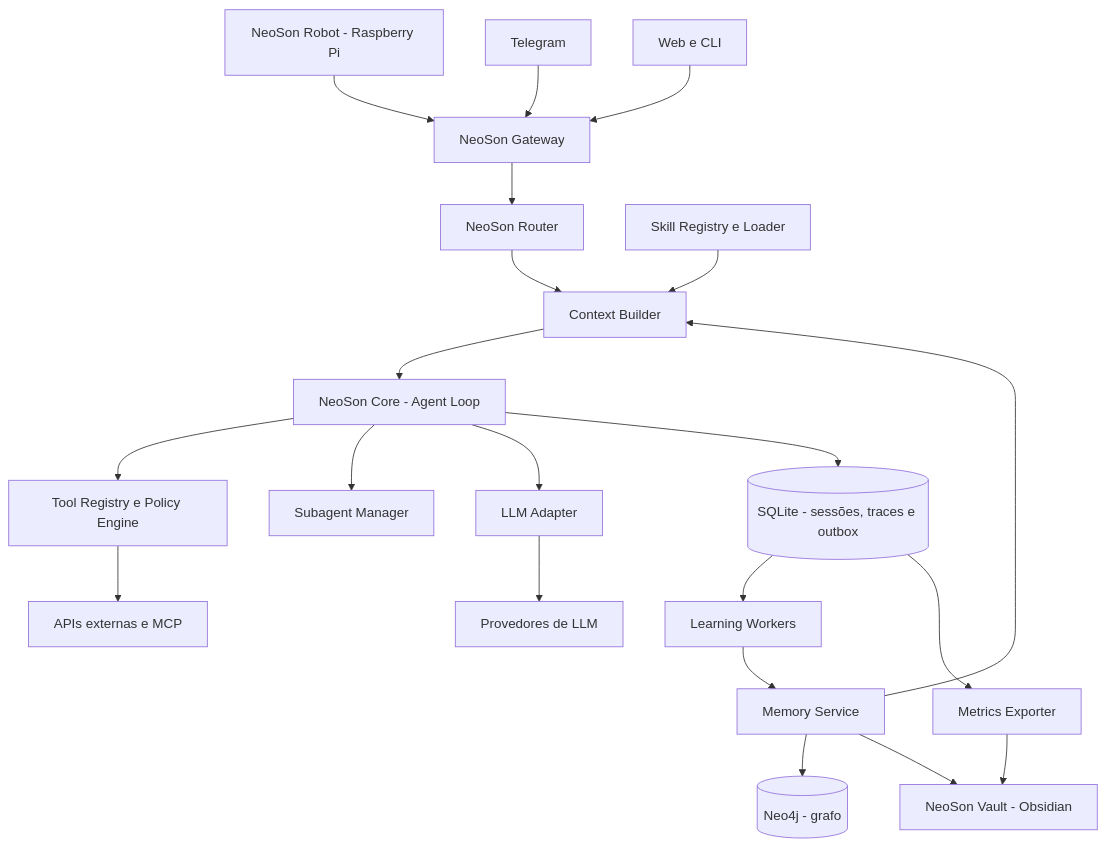
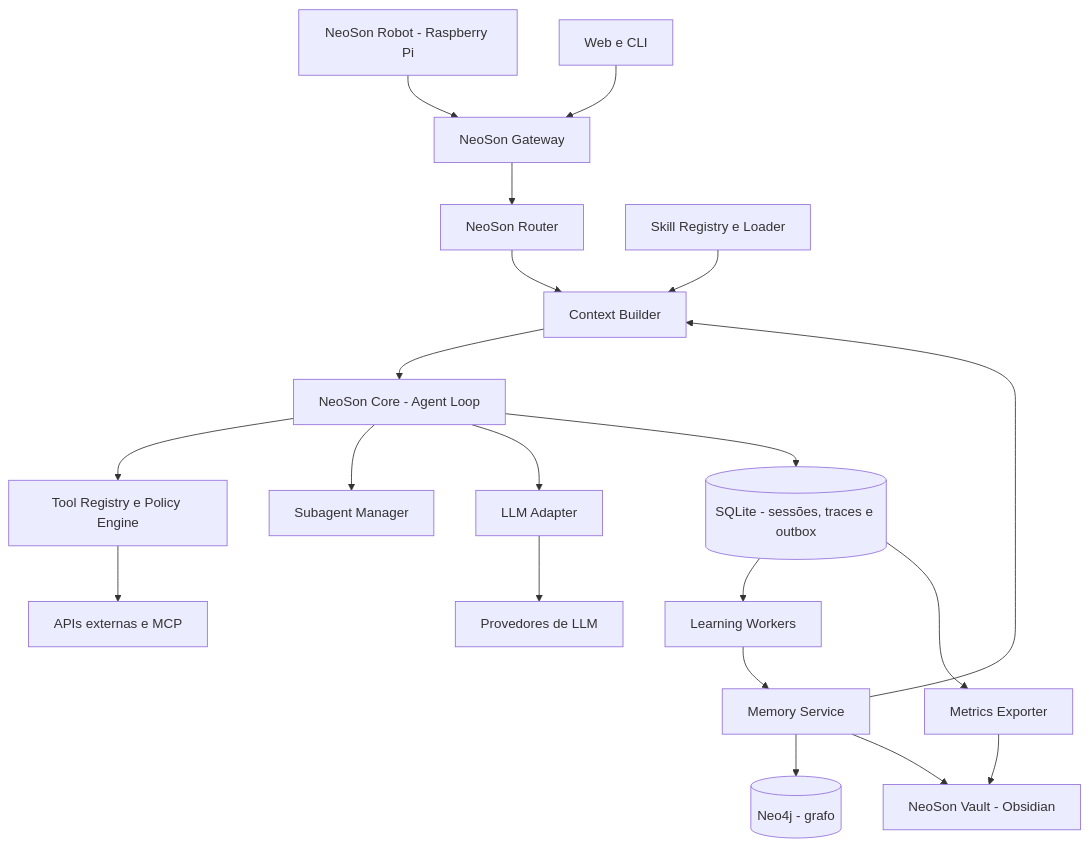
One commit to mhnasser/neoson changed the first of 19 diagrams in docs/architecture/NeoSon_Diagramas_Mermaid_v1.0/NeoSon_Diagramas.md. Above: the diagram before and after it, drawn with Mermaid. The commit also changed other lines of this file and 32 other files, not shown here.

````diff
--- a/docs/architecture/NeoSon_Diagramas_Mermaid_v1.0/NeoSon_Diagramas.md
+++ b/docs/architecture/NeoSon_Diagramas_Mermaid_v1.0/NeoSon_Diagramas.md
@@ -33,42 +33,40 @@
 ```mermaid
 flowchart TB
     PI[NeoSon Robot - Raspberry Pi]
-    TG[Telegram]
     WEB[Web e CLI]
     GW[NeoSon Gateway]
     ROUTER[NeoSon Router]
     CORE[NeoSon Core - Agent Loop]
     CTX[Context Builder]
     SK[Skill Registry e Loader]
     TOOL[Tool Registry e Policy Engine]
     SUB[Subagent Manager]
     LLM[LLM Adapter]
     DB[(SQLite - sessões, traces e outbox)]
     MEM[Memory Service]
     NEO[(Neo4j - grafo)]
     VAULT[NeoSon Vault - Obsidian]
     WORK[Learning Workers]
     DASH[Metrics Exporter]
     EXT[APIs externas e MCP]
     MODELS[Provedores de LLM]
     PI --> GW
-    TG --> GW
     WEB --> GW
     GW --> ROUTER
     ROUTER --> CTX
     CTX --> CORE
     SK --> CTX
     MEM --> CTX
     CORE --> TOOL
     CORE --> SUB
     CORE --> LLM
     TOOL --> EXT
     LLM --> MODELS
     CORE --> DB
     DB --> WORK
     WORK --> MEM
     MEM --> NEO
     MEM --> VAULT
     DB --> DASH
     DASH --> VAULT
 ```
````
